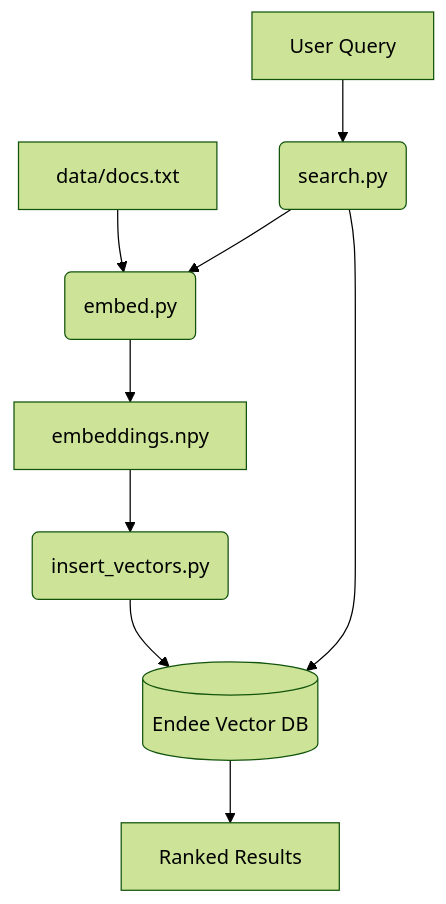
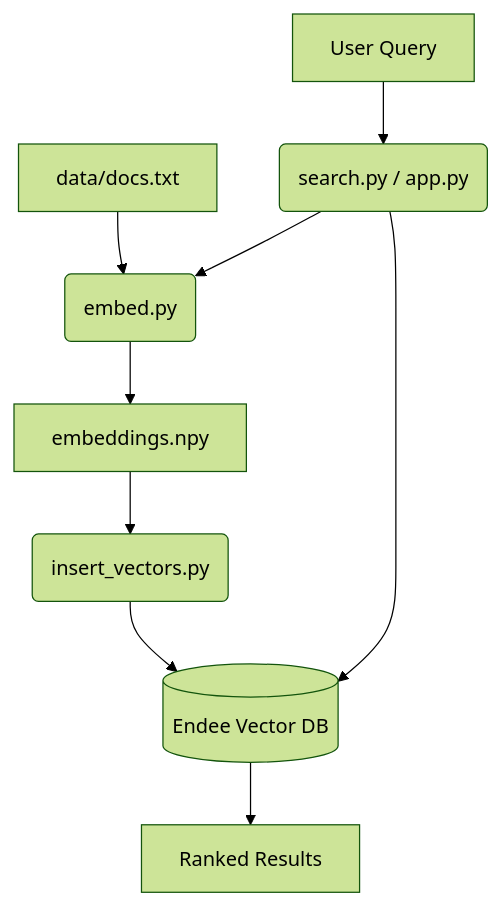
Before and after one commit to suprit-4618/Semantic-and-Dual-Engine-Rag: the diagram in README.md, drawn with Mermaid (forest theme). The commit also changed other lines of this file and 3 other files, not shown here.

````diff
--- a/README.md
+++ b/README.md
@@ -30,11 +28,11 @@
 ```mermaid
 graph TD
     A[data/docs.txt] --> B(embed.py)
     B --> C[embeddings.npy]
     C --> D(insert_vectors.py)
     D --> E[(Endee Vector DB)]
-    F[User Query] --> G(search.py)
+    F[User Query] --> G(search.py / app.py)
     G --> B
     G --> E
     E --> H[Ranked Results]
 ```
````
